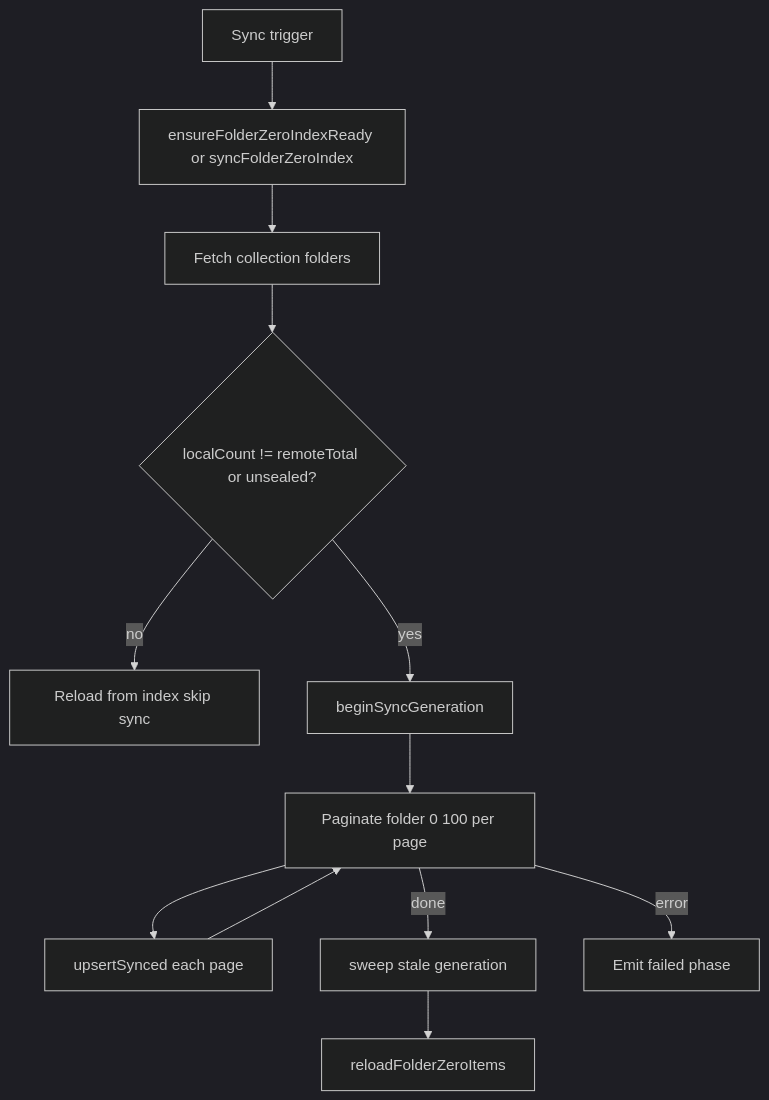
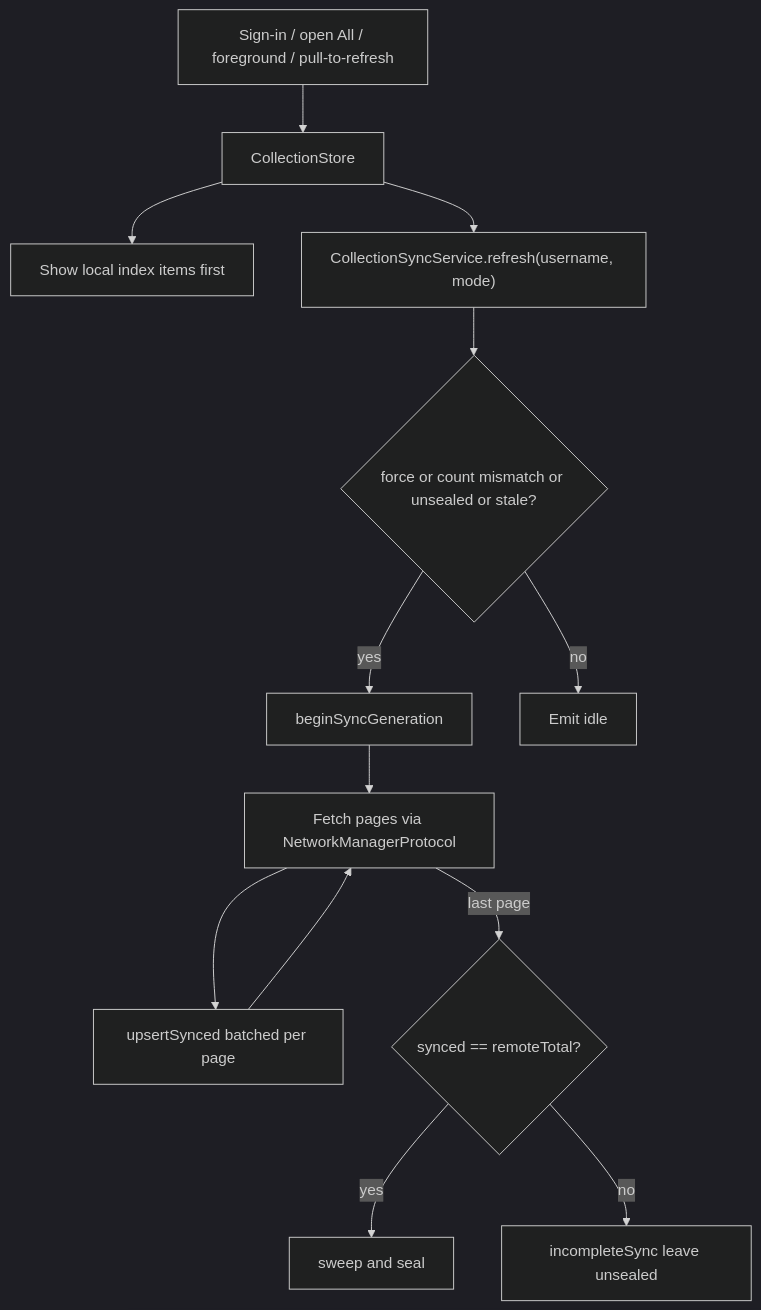
One commit to DamienThomp/discoscan-app changed the second of 2 diagrams in docs/collection-sync.md. Above: the diagram before and after it, drawn with Mermaid (dark theme). The commit also changed other lines of this file and 23 other files, not shown here.

Commit message:
refactor: collection sync

````diff
--- a/docs/collection-sync.md
+++ b/docs/collection-sync.md
@@ -43,26 +45,26 @@
 ```mermaid
 flowchart TD
-    trigger[Sync trigger]
-    ensure[ensureFolderZeroIndexReady or syncFolderZeroIndex]
-    folders[Fetch collection folders]
-    compare{localCount != remoteTotal or unsealed?}
-    skip[Reload from index skip sync]
+    triggers["Sign-in / open All / foreground / pull-to-refresh"]
+    store[CollectionStore]
+    loadLocal[Show local index items first]
+    service["CollectionSyncService.refresh(username, mode)"]
+    decide{"force or count mismatch or unsealed or stale?"}
     begin[beginSyncGeneration]
-    paginate[Paginate folder 0 100 per page]
-    upsert[upsertSynced each page]
-    sweep[sweep stale generation]
-    reload[reloadFolderZeroItems]
-    fail[Emit failed phase]
-
-    trigger --> ensure
-    ensure --> folders
-    folders --> compare
-    compare -->|no| skip
-    compare -->|yes| begin
-    begin --> paginate
-    paginate --> upsert
-    upsert --> paginate
-    paginate -->|done| sweep
-    sweep --> reload
-    paginate -->|error| fail
+    pages["Fetch pages via NetworkManagerProtocol"]
+    upsert["upsertSynced batched per page"]
+    verify{"synced == remoteTotal?"}
+    sweep[sweep and seal]
+    unsealed["incompleteSync leave unsealed"]
+    triggers --> store
+    store --> loadLocal
+    store --> service
+    service --> decide
+    decide -->|no| idleNode[Emit idle]
+    decide -->|yes| begin
+    begin --> pages
+    pages --> upsert
+    upsert --> pages
+    pages -->|last page| verify
+    verify -->|yes| sweep
+    verify -->|no| unsealed
 ```
````
